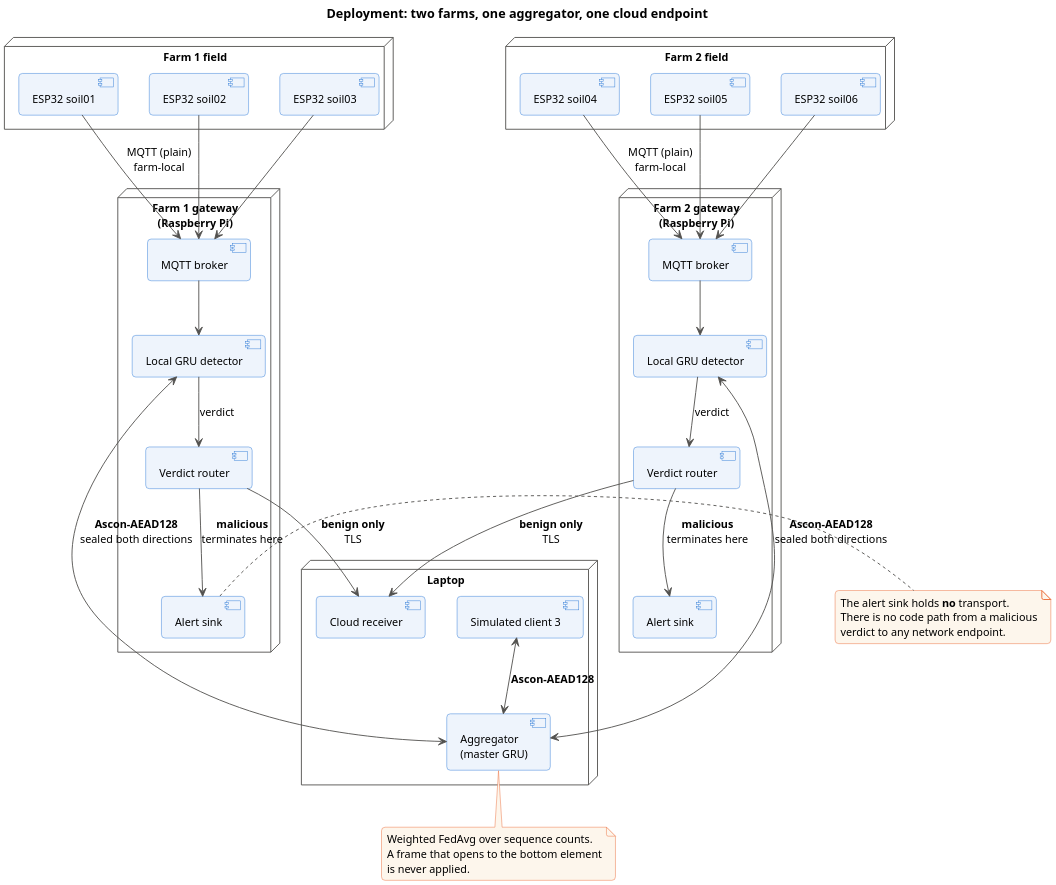
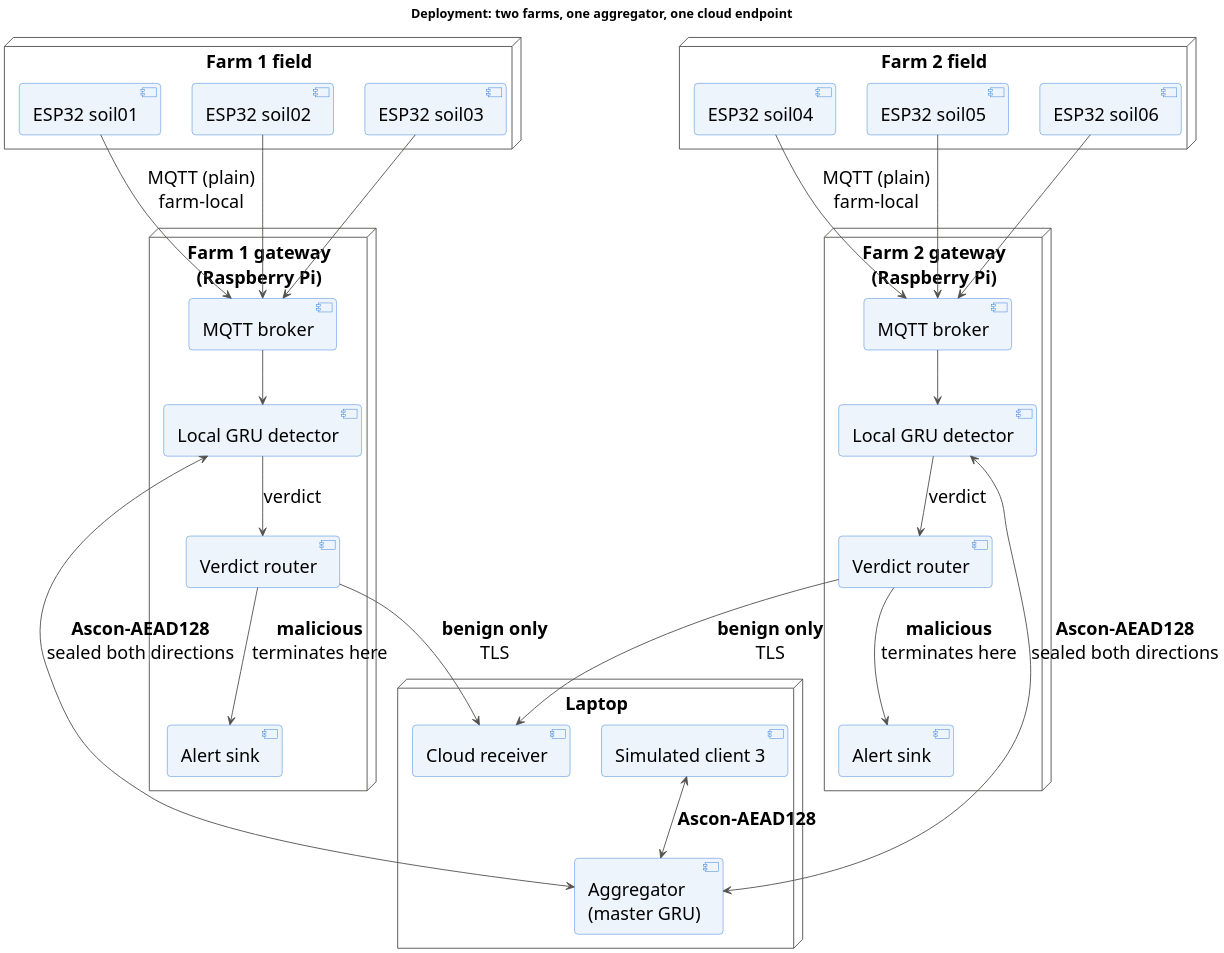
The diagram in paper/diagrams/01_deployment.puml (AryanAgarwal1251/ascon_smart_agri), drawn with PlantUML before and after one commit. The commit also changed 13 other files, not shown here.

```diff
--- a/paper/diagrams/01_deployment.puml
+++ b/paper/diagrams/01_deployment.puml
@@ -1,96 +1,84 @@
 @startuml deployment
 ' Deployment view: what runs where, and what protects each hop.
 ' Render: see paper/diagrams/README.md
 
 ' render at 2x so the raster export is print-resolution at column width
 scale 2
 skinparam defaultFontName Helvetica
-skinparam defaultFontSize 12
+skinparam defaultFontSize 20
 skinparam shadowing false
 skinparam roundCorner 8
 skinparam ArrowColor #52514e
 skinparam NoteBackgroundColor #fdf6ec
 skinparam NoteBorderColor #eb6834
 
 skinparam node {
   BackgroundColor #ffffff
   BorderColor #52514e
 }
 skinparam component {
   BackgroundColor #eef4fc
   BorderColor #2a78d6
 }
 skinparam database {
   BackgroundColor #eef9f4
   BorderColor #1baf7a
 }
 
 title Deployment: two farms, one aggregator, one cloud endpoint
 
 node "Farm 1 field" as F1 {
   component "ESP32 soil01" as S1
   component "ESP32 soil02" as S2
   component "ESP32 soil03" as S3
 }
 
 node "Farm 1 gateway\n(Raspberry Pi)" as G1 {
   component "MQTT broker" as B1
   component "Local GRU detector" as D1
   component "Verdict router" as R1
   component "Alert sink" as A1
 }
 
 node "Farm 2 field" as F2 {
   component "ESP32 soil04" as S4
   component "ESP32 soil05" as S5
   component "ESP32 soil06" as S6
 }
 
 node "Farm 2 gateway\n(Raspberry Pi)" as G2 {
   component "MQTT broker" as B2
   component "Local GRU detector" as D2
   component "Verdict router" as R2
   component "Alert sink" as A2
 }
 
 node "Laptop" as L {
   component "Aggregator\n(master GRU)" as AGG
   component "Simulated client 3" as SIM
   component "Cloud receiver" as CLOUD
 }
 
 S1 --> B1 : MQTT (plain)\nfarm-local
 S2 --> B1
 S3 --> B1
 S4 --> B2 : MQTT (plain)\nfarm-local
 S5 --> B2
 S6 --> B2
 
 B1 --> D1
 B2 --> D2
 D1 --> R1 : verdict
 D2 --> R2 : verdict
 
 R1 --> A1 : <b>malicious</b>\nterminates here
 R2 --> A2 : <b>malicious</b>\nterminates here
 
 R1 --> CLOUD : <b>benign only</b>\nTLS
 R2 --> CLOUD : <b>benign only</b>\nTLS
 
 D1 <--> AGG : <b>Ascon-AEAD128</b>\nsealed both directions
 D2 <--> AGG : <b>Ascon-AEAD128</b>\nsealed both directions
 SIM <--> AGG : <b>Ascon-AEAD128</b>
 
-note right of A1
-  The alert sink holds <b>no</b> transport.
-  There is no code path from a malicious
-  verdict to any network endpoint.
-end note
-
-note bottom of AGG
-  Weighted FedAvg over sequence counts.
-  A frame that opens to the bottom element
-  is never applied.
-end note
-
 @enduml
```
